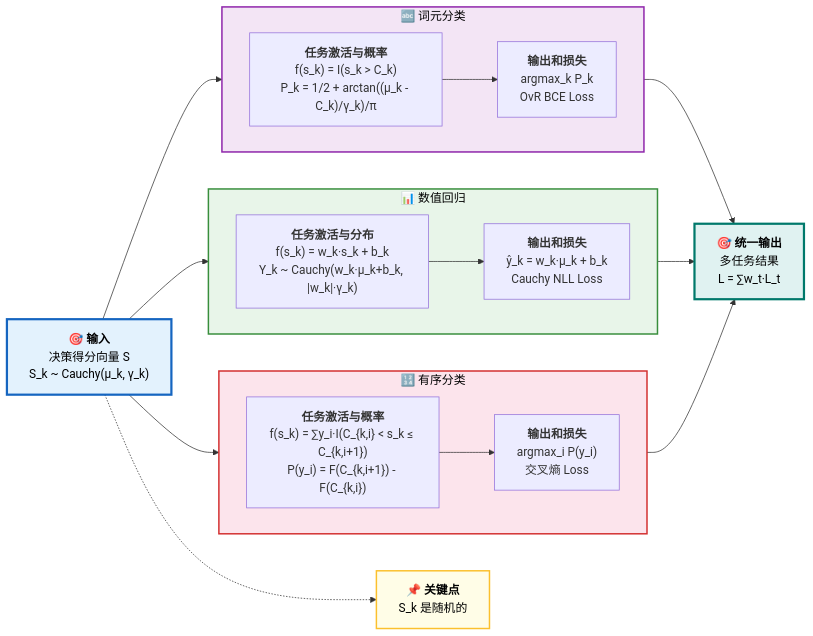
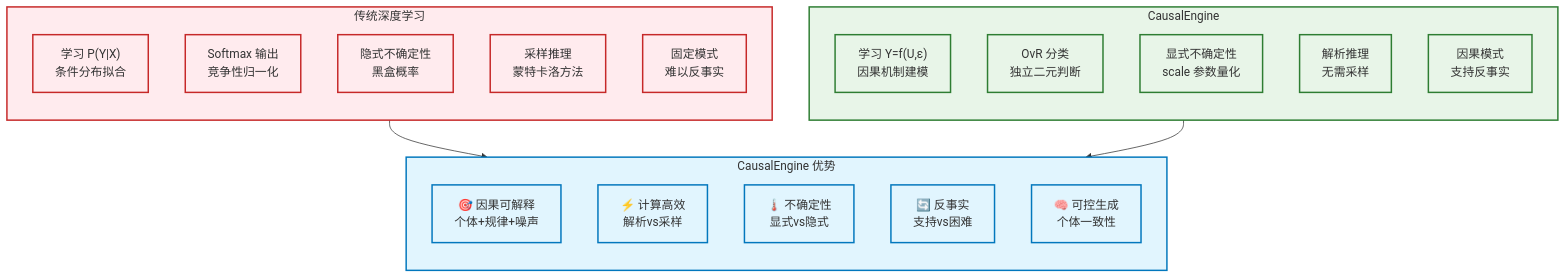
Before and after one commit to 1587causalai/CausalQwen: the ninth of 10 diagrams in causal_engine/MATHEMATICAL_FOUNDATIONS_CN.md, drawn with Mermaid. The commit also changed other lines of this file and 7 other files, not shown here.

````diff
--- a/causal_engine/MATHEMATICAL_FOUNDATIONS_CN.md
+++ b/causal_engine/MATHEMATICAL_FOUNDATIONS_CN.md
@@ -343,50 +489,40 @@
 ```mermaid
-graph LR
-    %% 输入
-    Input["🎯 <b>输入</b><br/>决策得分向量 S<br/>S_k ~ Cauchy(μ_k, γ_k)"]
-    
-    %% 直接连接到三个并行任务分支
-    Input --> Token
-    Input --> Numeric
-    Input --> Discrete
-    
-    subgraph Token ["🔤 词元分类"]
-        direction LR
-        T1["<b>任务激活与概率</b><br/>f(s_k) = I(s_k > C_k)<br/>P_k = 1/2 + arctan((μ_k - C_k)/γ_k)/π"]
-        T2["<b>输出和损失</b><br/>argmax_k P_k <br/>OvR BCE Loss"]
-        T1 --> T2
+graph TB
+    subgraph Traditional["传统深度学习"]
+        direction TB
+        T1["学习 P(Y|X)<br/>条件分布拟合"]
+        T2["Softmax 输出<br/>竞争性归一化"]
+        T3["隐式不确定性<br/>黑盒概率"]
+        T4["采样推理<br/>蒙特卡洛方法"]
+        T5["固定模式<br/>难以反事实"]
     end
     
-    subgraph Numeric ["📊 数值回归"]
-        direction LR
-        N1["<b>任务激活与分布</b><br/>f(s_k) = w_k·s_k + b_k<br/>Y_k ~ Cauchy(w_k·μ_k+b_k, |w_k|·γ_k)"]
-        N2["<b>输出和损失</b><br/>ŷ_k = w_k·μ_k + b_k <br/> Cauchy NLL Loss"]
-        N1 --> N2
+    subgraph CausalEngine["CausalEngine"]
+        direction TB
+        C1["学习 Y=f(U,ε)<br/>因果机制建模"]
+        C2["OvR 分类<br/>独立二元判断"]
+        C3["显式不确定性<br/>scale 参数量化"]
+        C4["解析推理<br/>无需采样"]
+        C5["因果模式<br/>支持反事实"]
     end
     
-    subgraph Discrete ["🔢 有序分类"]
-        direction LR
-        D1["<b>任务激活与概率</b><br/>f(s_k) = ∑y_i·I(C_{k,i} < s_k ≤ C_{k,i+1})<br/>P(y_i) = F(C_{k,i+1}) - F(C_{k,i})"]
-        D2["<b>输出和损失</b><br/>argmax_i P(y_i) <br/>交叉熵 Loss"]
-        D1 --> D2
+    subgraph Advantages["CausalEngine 优势"]
+        direction TB
+        A1["🎯 因果可解释<br/>个体+规律+噪声"]
+        A2["⚡ 计算高效<br/>解析vs采样"]
+        A3["🌡️ 不确定性<br/>显式vs隐式"]
+        A4["🔄 反事实<br/>支持vs困难"]
+        A5["🧠 可控生成<br/>个体一致性"]
     end
     
-    %% 输出整合
-    Token --> Output
-    Numeric --> Output
-    Discrete --> Output
+    Traditional --> Advantages
+    CausalEngine --> Advantages
     
-    Output["🎯 <b>统一输出</b><br/>多任务结果<br/>L = ∑w_t·L_t"]
+    classDef traditionalStyle fill:#ffebee,stroke:#c62828,stroke-width:2px
+    classDef causalStyle fill:#e8f5e8,stroke:#2e7d32,stroke-width:2px
+    classDef advantageStyle fill:#e1f5fe,stroke:#0277bd,stroke-width:2px
     
-    %% 注释
-    Input -.-> Note["📌 <b>关键点</b><br/>S_k 是随机的"]
-    
-    %% 样式定义
-    style Input fill:#e3f2fd,stroke:#1565c0,stroke-width:3px,color:#000
-    style Output fill:#e0f2f1,stroke:#00796b,stroke-width:3px,color:#000
-    style Note fill:#fffde7,stroke:#fbc02d,stroke-width:2px,color:#000
-    
-    style Token fill:#f3e5f5,stroke:#8e24aa,stroke-width:2px,color:#000
-    style Numeric fill:#e8f5e9,stroke:#388e3c,stroke-width:2px,color:#000
-    style Discrete fill:#fce4ec,stroke:#d32f2f,stroke-width:2px,color:#000
+    class Traditional,T1,T2,T3,T4,T5 traditionalStyle
+    class CausalEngine,C1,C2,C3,C4,C5 causalStyle
+    class Advantages,A1,A2,A3,A4,A5 advantageStyle
 ```
````
